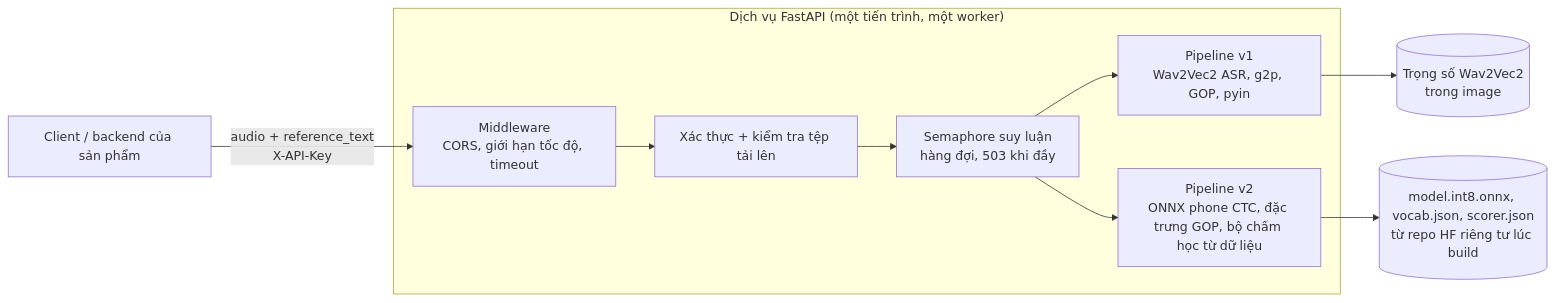
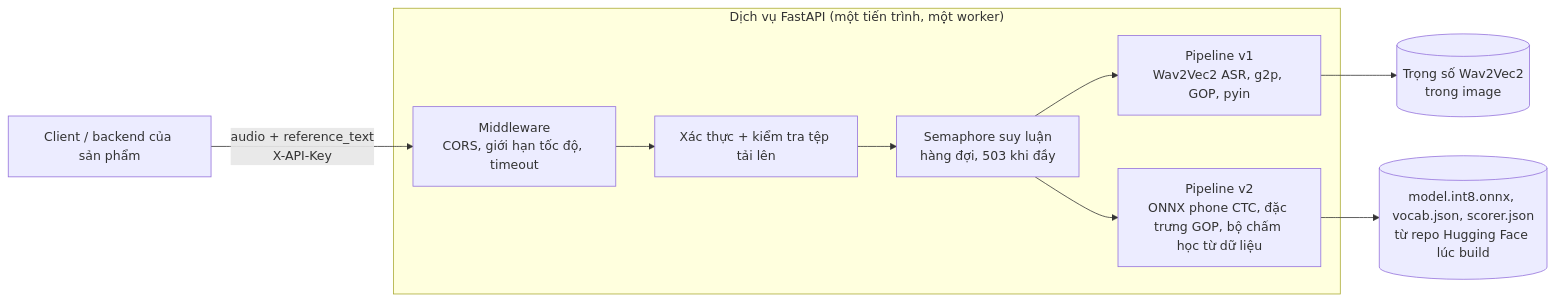
The first of 2 diagrams in languages/vi/README.md (dris1153/pronunciation-service), drawn with Mermaid before and after one commit. The commit also changed other lines of this file and 40 other files, not shown here.

````diff
--- a/languages/vi/README.md
+++ b/languages/vi/README.md
@@ -52,12 +52,12 @@
 ```mermaid
 flowchart LR
     client["Client / backend của sản phẩm"] -->|"audio + reference_text<br/>X-API-Key"| mw
     subgraph svc["Dịch vụ FastAPI (một tiến trình, một worker)"]
         mw["Middleware<br/>CORS, giới hạn tốc độ, timeout"] --> val["Xác thực + kiểm tra tệp tải lên"]
         val --> sem["Semaphore suy luận<br/>hàng đợi, 503 khi đầy"]
         sem --> v1["Pipeline v1<br/>Wav2Vec2 ASR, g2p, GOP, pyin"]
         sem --> v2["Pipeline v2<br/>ONNX phone CTC, đặc trưng GOP, bộ chấm học từ dữ liệu"]
     end
     v1 --> w1[("Trọng số Wav2Vec2<br/>trong image")]
-    v2 --> w2[("model.int8.onnx, vocab.json, scorer.json<br/>từ repo HF riêng tư lúc build")]
+    v2 --> w2[("model.int8.onnx, vocab.json, scorer.json<br/>từ repo Hugging Face lúc build")]
 ```
````
